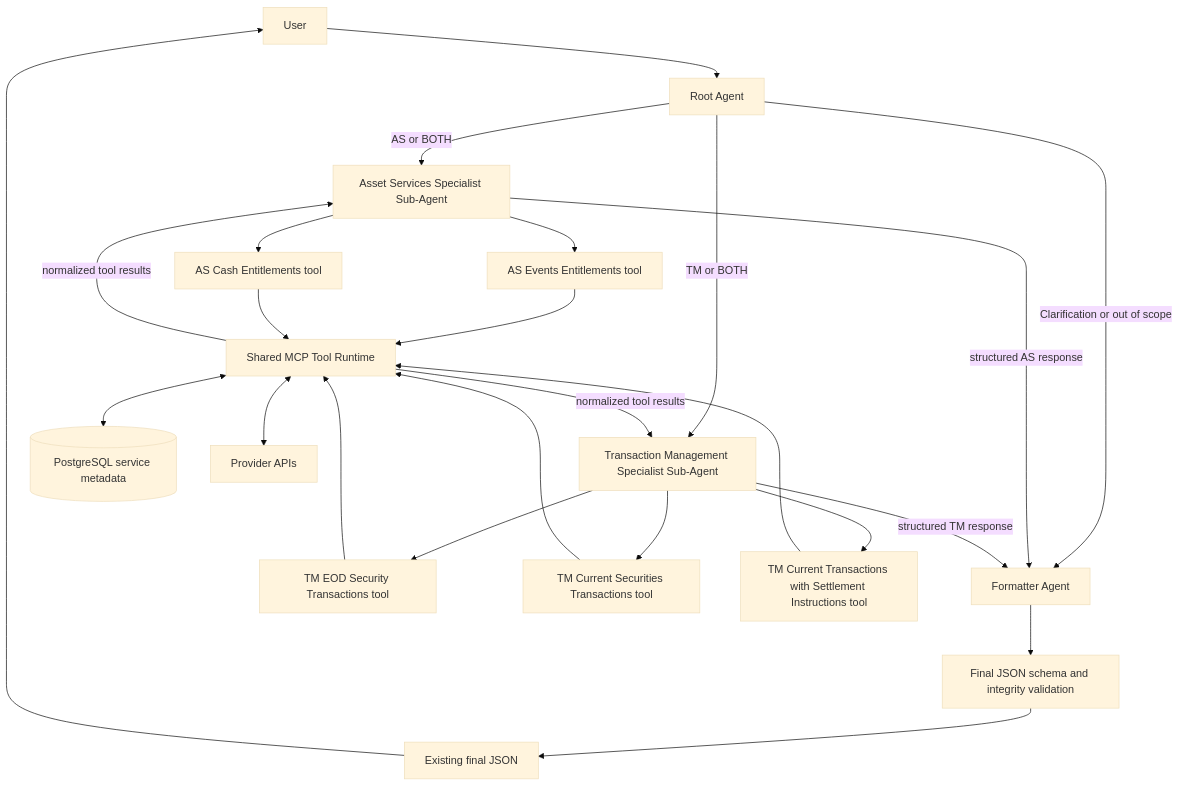
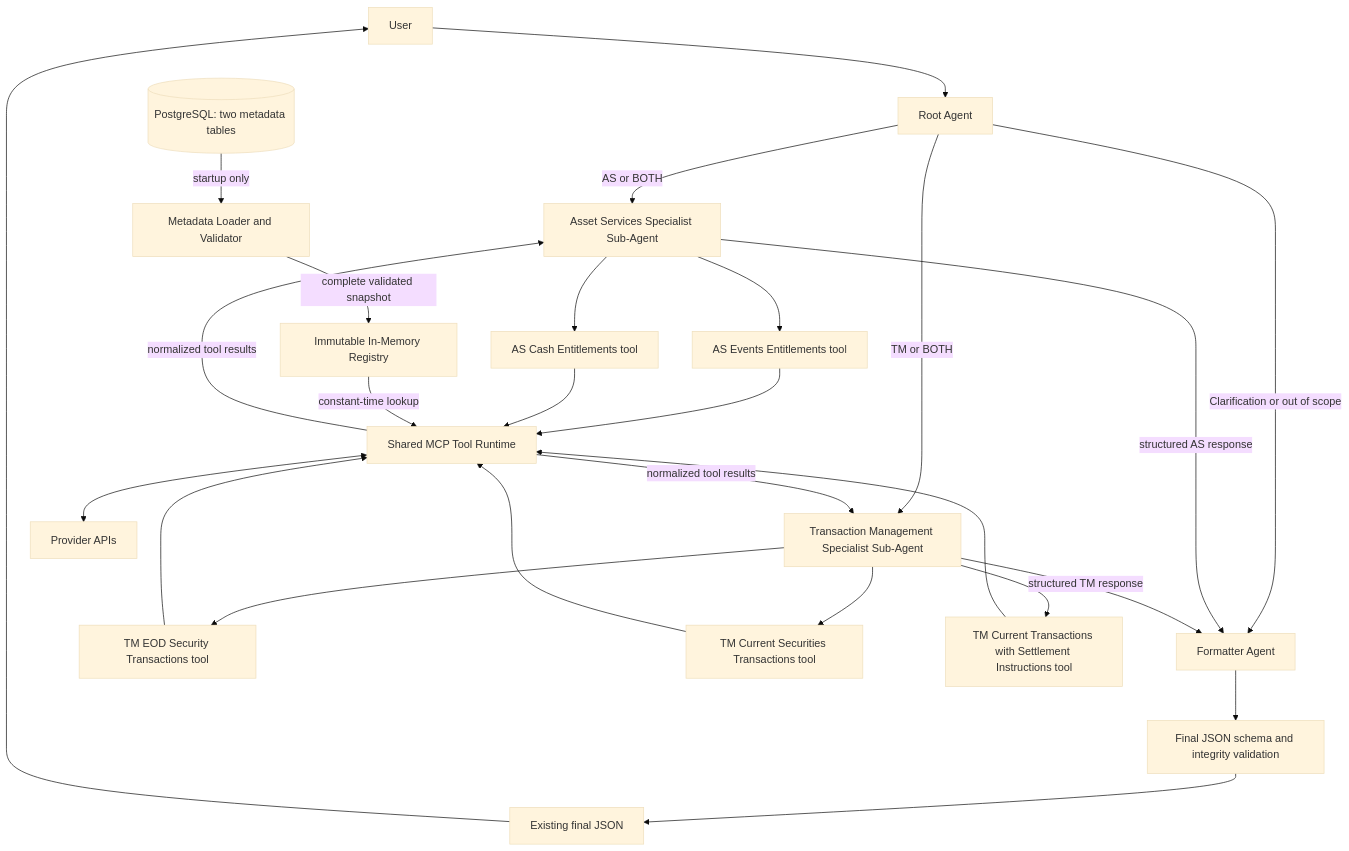
One commit to sana-work/Code changed the diagram in Octobot/Octobot_Architecture_Design_Simplified.md. Above: the diagram before and after it, drawn with Mermaid (base theme). The commit also changed other lines of this file and 1 other file, not shown here.

````diff
--- a/Octobot/Octobot_Architecture_Design_Simplified.md
+++ b/Octobot/Octobot_Architecture_Design_Simplified.md
@@ -330,32 +346,34 @@
 ```mermaid
 flowchart TD
   U[User] --> R[Root Agent]
 
   R -->|AS or BOTH| AS[Asset Services Specialist Sub-Agent]
   R -->|TM or BOTH| TM[Transaction Management Specialist Sub-Agent]
   R -->|Clarification or out of scope| F[Formatter Agent]
 
   AS --> AS1[AS Events Entitlements tool]
   AS --> AS2[AS Cash Entitlements tool]
   TM --> TM1[TM EOD Security Transactions tool]
   TM --> TM2[TM Current Securities Transactions tool]
   TM --> TM3[TM Current Transactions with Settlement Instructions tool]
 
   AS1 --> RT[Shared MCP Tool Runtime]
   AS2 --> RT
   TM1 --> RT
   TM2 --> RT
   TM3 --> RT
 
-  RT <--> DB[(PostgreSQL service metadata)]
+  DB[(PostgreSQL: two metadata tables)] -->|startup only| ML[Metadata Loader and Validator]
+  ML -->|complete validated snapshot| REG[Immutable In-Memory Registry]
+  REG -->|constant-time lookup| RT
   RT <--> API[Provider APIs]
 
   RT -->|normalized tool results| AS
   RT -->|normalized tool results| TM
   AS -->|structured AS response| F
   TM -->|structured TM response| F
 
   F --> V[Final JSON schema and integrity validation]
   V --> O[Existing final JSON]
   O --> U
 ```
````
